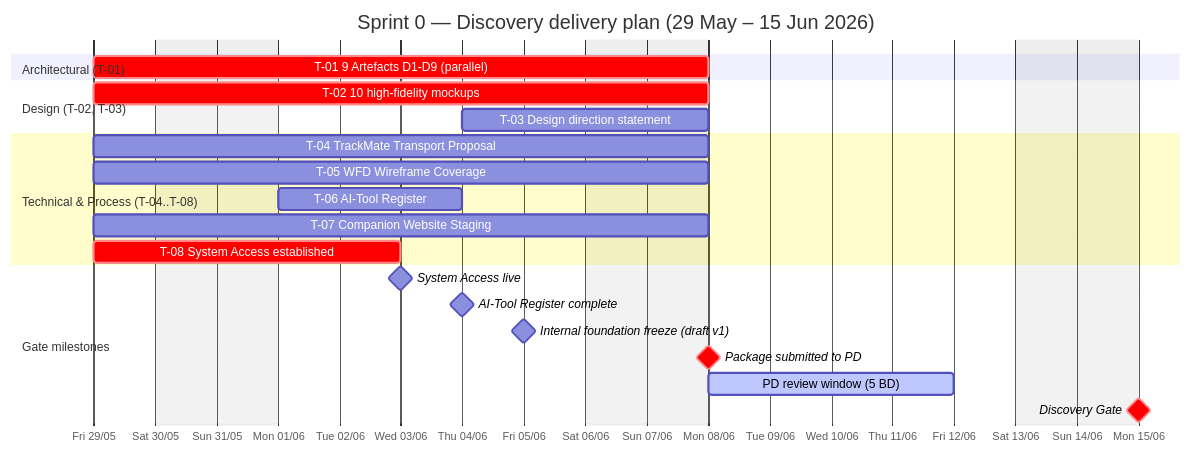
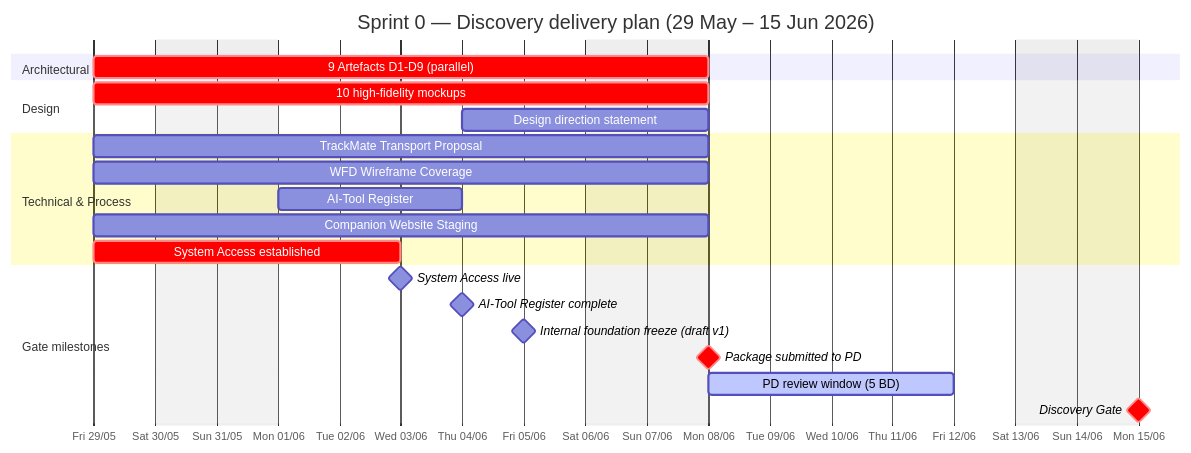
The diagram in confluence-export/01-about/02-planning/02-sprint-0-discovery.md (giakhanh22024558/Trackaroo-Cheat-Sheat), drawn with Mermaid before and after one commit. The commit also changed other lines of this file and 11 other files, not shown here.

First line of the commit message:
planning: drop task IDs (T-NN), move Timeline to top of sprint pages

````diff
--- a/confluence-export/01-about/02-planning/02-sprint-0-discovery.md
+++ b/confluence-export/01-about/02-planning/02-sprint-0-discovery.md
@@ -29,30 +13,30 @@
 ```mermaid
 gantt
     title Sprint 0 — Discovery delivery plan (29 May – 15 Jun 2026)
     dateFormat YYYY-MM-DD
     axisFormat %a %d/%m
     tickInterval 1day
     excludes weekends
 
-    section Architectural (T-01)
-    T-01 9 Artefacts D1-D9 (parallel)     :crit, t1, 2026-05-29, 2026-06-08
+    section Architectural
+    9 Artefacts D1-D9 (parallel)          :crit, 2026-05-29, 2026-06-08
 
-    section Design (T-02, T-03)
-    T-02 10 high-fidelity mockups          :crit, t2, 2026-05-29, 2026-06-08
-    T-03 Design direction statement        :t3, 2026-06-04, 2026-06-08
+    section Design
+    10 high-fidelity mockups               :crit, 2026-05-29, 2026-06-08
+    Design direction statement             :2026-06-04, 2026-06-08
 
-    section Technical & Process (T-04..T-08)
-    T-04 TrackMate Transport Proposal      :2026-05-29, 2026-06-08
-    T-05 WFD Wireframe Coverage            :2026-05-29, 2026-06-08
-    T-06 AI-Tool Register                  :2026-06-01, 2026-06-04
-    T-07 Companion Website Staging         :2026-05-29, 2026-06-08
-    T-08 System Access established         :crit, 2026-05-29, 2026-06-03
+    section Technical & Process
+    TrackMate Transport Proposal           :2026-05-29, 2026-06-08
+    WFD Wireframe Coverage                 :2026-05-29, 2026-06-08
+    AI-Tool Register                       :2026-06-01, 2026-06-04
+    Companion Website Staging              :2026-05-29, 2026-06-08
+    System Access established              :crit, 2026-05-29, 2026-06-03
 
     section Gate milestones
     System Access live                     :milestone, 2026-06-03, 0d
     AI-Tool Register complete              :milestone, 2026-06-04, 0d
     Internal foundation freeze (draft v1)  :milestone, 2026-06-05, 0d
     Package submitted to PD                :milestone, crit, 2026-06-08, 0d
     PD review window (5 BD)                :active, 2026-06-08, 2026-06-12
     Discovery Gate                         :milestone, crit, 2026-06-15, 0d
 ```
````
